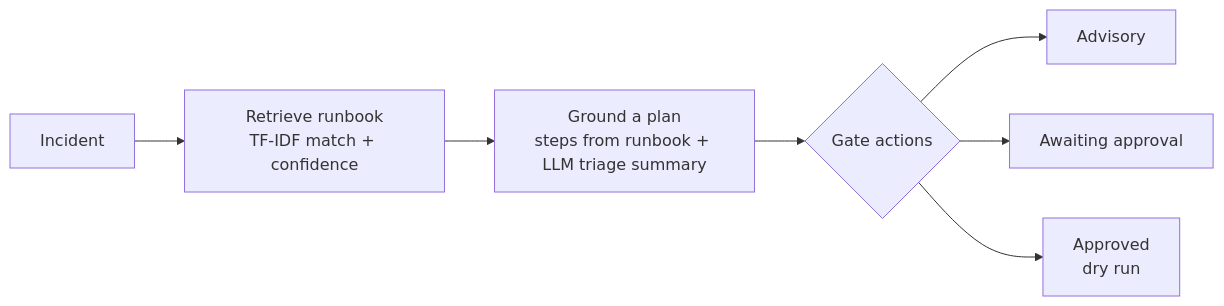
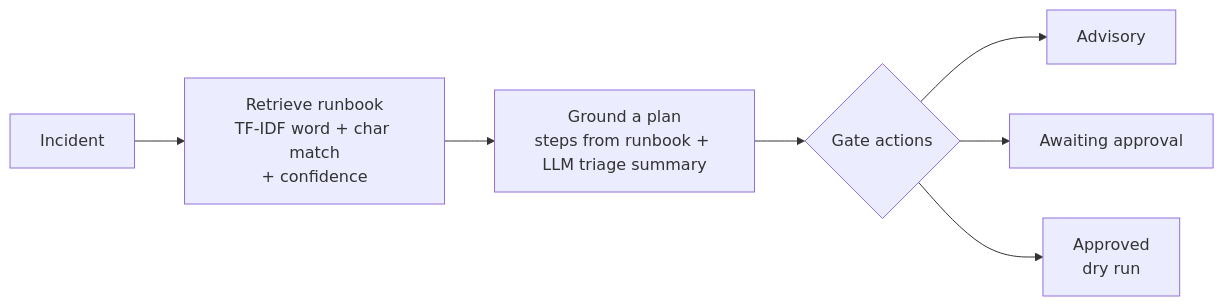
One commit to Angelsoul35/opspilot changed the diagram in README.md. Above: the diagram before and after it, drawn with Mermaid. The commit also changed other lines of this file and 12 other files, not shown here.

````diff
--- a/README.md
+++ b/README.md
@@ -32,9 +32,9 @@
 ```mermaid
 flowchart LR
-    A[Incident] --> B[Retrieve runbook<br/>TF-IDF match + confidence]
+    A[Incident] --> B[Retrieve runbook<br/>TF-IDF word + char match<br/>+ confidence]
     B --> C[Ground a plan<br/>steps from runbook + LLM triage summary]
     C --> D{Gate actions}
     D --> E[Advisory]
     D --> F[Awaiting approval]
     D --> G[Approved<br/>dry run]
 ```
````
